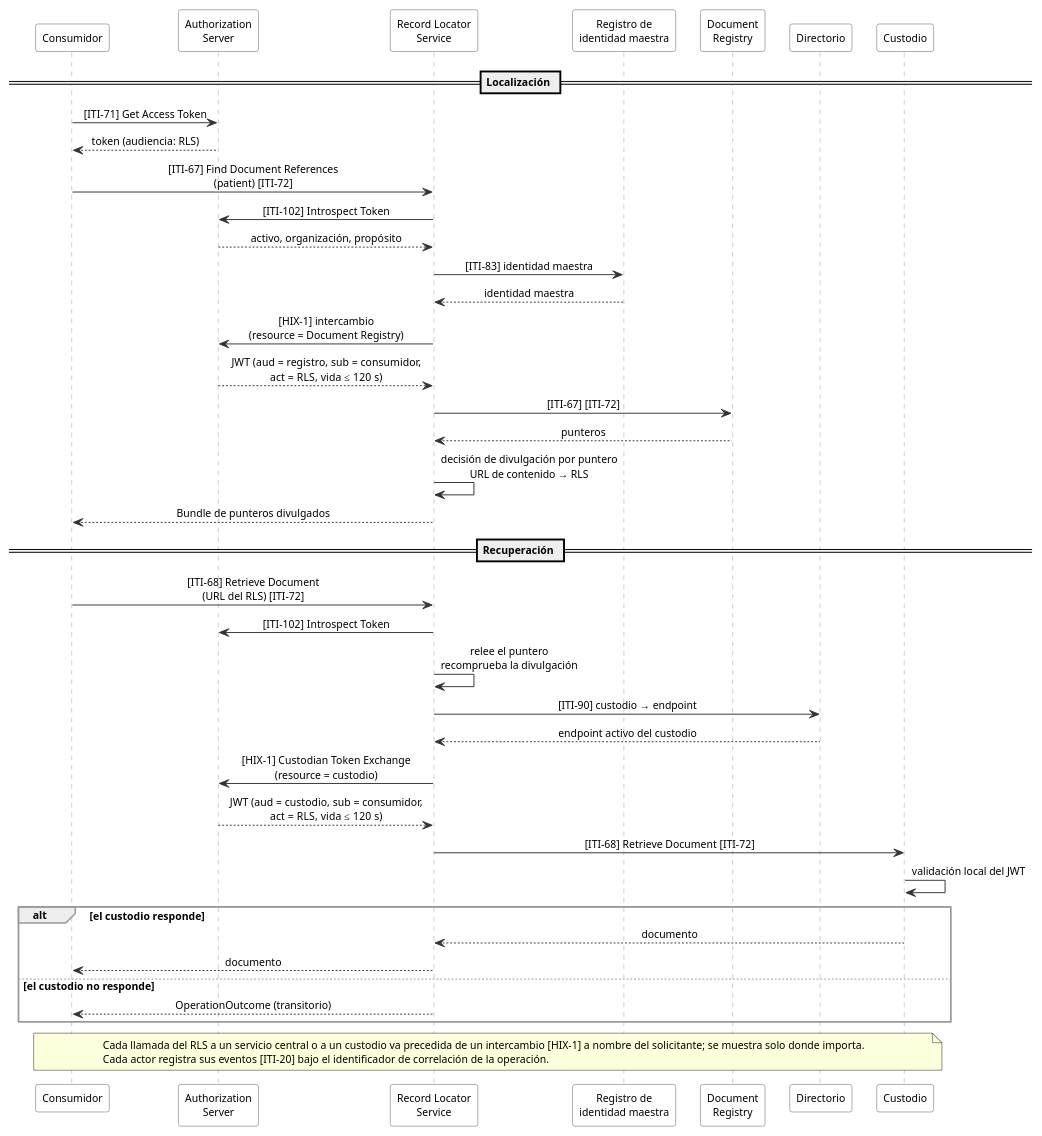
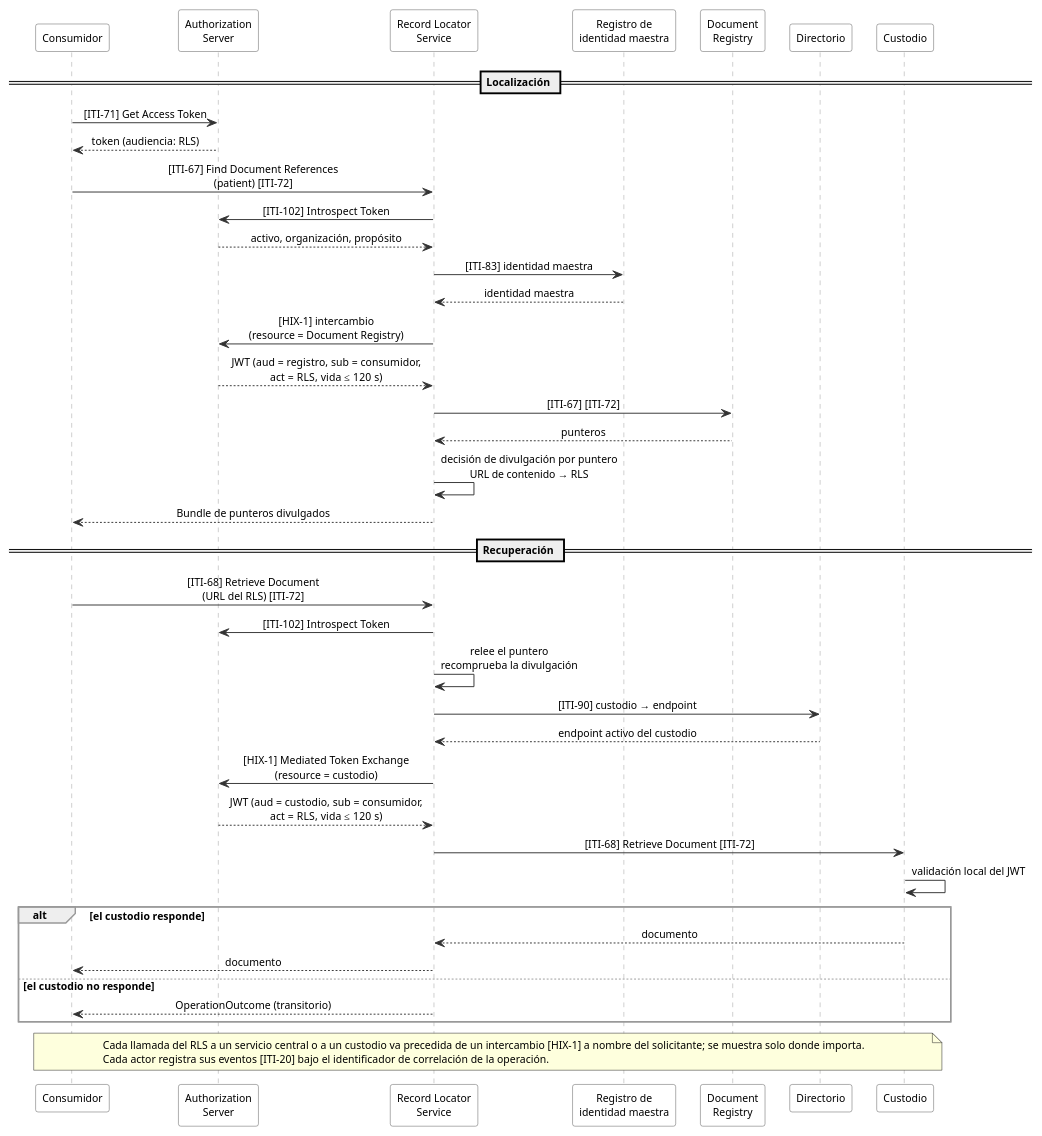
One commit to meddyg/HIX changed the diagram in _diagrams/hix-flujo-localizacion.plantuml. Above: the diagram before and after it, drawn with PlantUML. The commit also changed 8 other files, not shown here.

Commit message:
docs: rename HIX-1 to Mediated Token Exchange

```diff
--- a/_diagrams/hix-flujo-localizacion.plantuml
+++ b/_diagrams/hix-flujo-localizacion.plantuml
@@ -1,55 +1,55 @@
 @startuml hix-flujo-localizacion
 skinparam shadowing false
 skinparam defaultFontName Verdana
 skinparam defaultFontSize 11
 skinparam sequenceMessageAlign center
 skinparam ParticipantPadding 8
 skinparam sequence {
   ArrowColor #333333
   LifeLineBorderColor #999999
   ParticipantBorderColor #555555
   ParticipantBackgroundColor white
   GroupBorderColor #999999
 }
 
 participant "Consumidor" as C
 participant "Authorization\nServer" as AS
 participant "Record Locator\nService" as RLS
 participant "Registro de\nidentidad maestra" as PMIR
 participant "Document\nRegistry" as REG
 participant "Directorio" as DIR
 participant "Custodio" as K
 
 == Localización ==
 C -> AS : [ITI-71] Get Access Token
 AS --> C : token (audiencia: RLS)
 C -> RLS : [ITI-67] Find Document References\n(patient) [ITI-72]
 RLS -> AS : [ITI-102] Introspect Token
 AS --> RLS : activo, organización, propósito
 RLS -> PMIR : [ITI-83] identidad maestra
 PMIR --> RLS : identidad maestra
 RLS -> AS : [HIX-1] intercambio\n(resource = Document Registry)
 AS --> RLS : JWT (aud = registro, sub = consumidor,\nact = RLS, vida ≤ 120 s)
 RLS -> REG : [ITI-67] [ITI-72]
 REG --> RLS : punteros
 RLS -> RLS : decisión de divulgación por puntero\nURL de contenido → RLS
 RLS --> C : Bundle de punteros divulgados
 
 == Recuperación ==
 C -> RLS : [ITI-68] Retrieve Document\n(URL del RLS) [ITI-72]
 RLS -> AS : [ITI-102] Introspect Token
 RLS -> RLS : relee el puntero\nrecomprueba la divulgación
 RLS -> DIR : [ITI-90] custodio → endpoint
 DIR --> RLS : endpoint activo del custodio
-RLS -> AS : [HIX-1] Custodian Token Exchange\n(resource = custodio)
+RLS -> AS : [HIX-1] Mediated Token Exchange\n(resource = custodio)
 AS --> RLS : JWT (aud = custodio, sub = consumidor,\nact = RLS, vida ≤ 120 s)
 RLS -> K : [ITI-68] Retrieve Document [ITI-72]
 K -> K : validación local del JWT
 alt el custodio responde
   K --> RLS : documento
   RLS --> C : documento
 else el custodio no responde
   RLS --> C : OperationOutcome (transitorio)
 end
 note over C, K : Cada llamada del RLS a un servicio central o a un custodio va precedida de un intercambio [HIX-1] a nombre del solicitante; se muestra solo donde importa.\nCada actor registra sus eventos [ITI-20] bajo el identificador de correlación de la operación.
 @enduml
```
